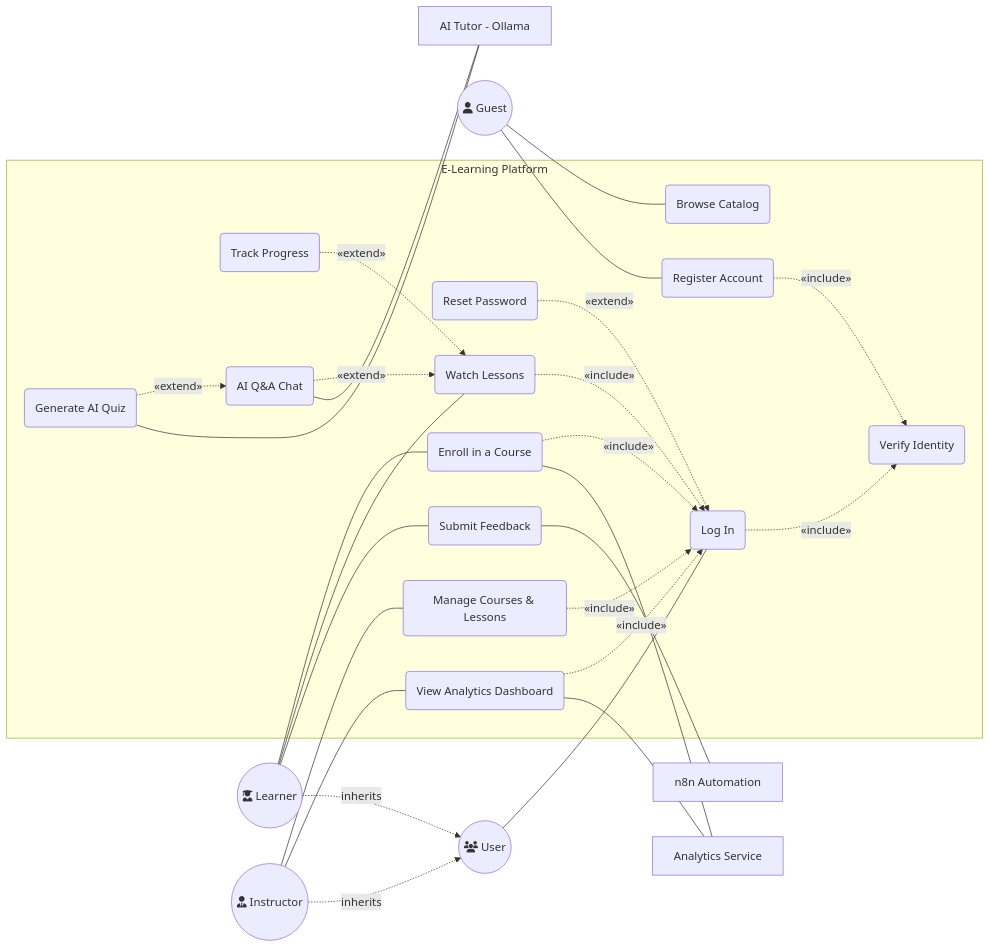
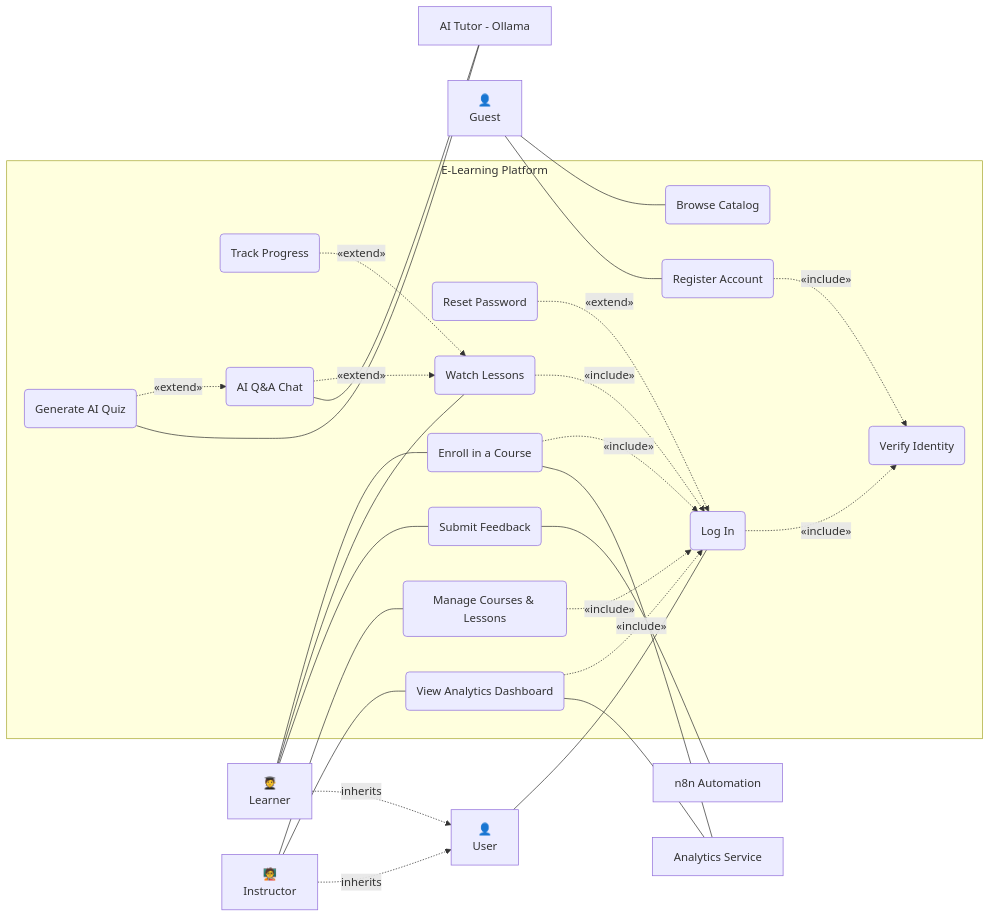
One commit to Sen-Se1/elearning-microservice-platform changed the seventh of 10 diagrams in architecture.md. Above: the diagram before and after it, drawn with Mermaid.

Commit message:
docs: update use case diagram to include new actors, associations, and refined workflow relationships

````diff
--- a/architecture.md
+++ b/architecture.md
@@ -211,69 +211,70 @@
 ```mermaid
 flowchart LR
-    %% Primary Actors (Left)
-    Guest((<i class='fa-solid fa-user'></i> Guest))
-    User((<i class='fa-solid fa-users'></i> User))
-    Learner((<i class='fa-solid fa-user-graduate'></i> Learner))
-    Instructor((<i class='fa-solid fa-user-tie'></i> Instructor))
+
+    %% Actors with icon style
+    Guest["👤<br/>Guest"]
+    User["👤<br/>User"]
+    Learner["🧑‍🎓<br/>Learner"]
+    Instructor["🧑‍🏫<br/>Instructor"]
 
     %% Actor Generalization
     Learner -. "inherits" .-> User
     Instructor -. "inherits" .-> User
 
     subgraph Platform [E-Learning Platform]
         UC_Browse(Browse Catalog)
         UC_Reg(Register Account)
         UC_Login(Log In)
         UC_Verify(Verify Identity)
         UC_Reset(Reset Password)
 
         UC_Enroll(Enroll in a Course)
         UC_Watch(Watch Lessons)
         UC_Track(Track Progress)
 
         UC_Chat(AI Q&A Chat)
         UC_Quiz(Generate AI Quiz)
         UC_Feedback(Submit Feedback)
         
         UC_Manage(Manage Courses & Lessons)
         UC_Analytics(View Analytics Dashboard)
     end
 
-    %% Secondary Actors / Systems (Right)
+    %% Secondary Actors / Systems
     Ollama[AI Tutor - Ollama]
     N8N[n8n Automation]
     AnalyticSvc[Analytics Service]
 
-    %% ── Actor to Use Case associations ──
+    %% Associations
     Guest --- UC_Browse
     Guest --- UC_Reg
     User --- UC_Login
 
     Learner --- UC_Enroll
     Learner --- UC_Watch
     Learner --- UC_Feedback
 
     Instructor --- UC_Manage
     Instructor --- UC_Analytics
 
-    %% ── UML Stereotypes (Includes & Extends) ──
+    %% Includes & Extends
     UC_Reg -. "«include»" .-> UC_Verify
     UC_Login -. "«include»" .-> UC_Verify
     UC_Reset -. "«extend»" .-> UC_Login
     
     UC_Enroll -. "«include»" .-> UC_Login
     UC_Watch -. "«include»" .-> UC_Login
     UC_Manage -. "«include»" .-> UC_Login
     UC_Analytics -. "«include»" .-> UC_Login
     
     UC_Track -. "«extend»" .-> UC_Watch
     UC_Chat -. "«extend»" .-> UC_Watch
     UC_Quiz -. "«extend»" .-> UC_Chat
 
-    %% ── Use Case to System associations ──
+    %% External Systems
     UC_Chat --- Ollama
     UC_Quiz --- Ollama
     UC_Feedback --- N8N
     UC_Enroll --- AnalyticSvc
     UC_Analytics --- AnalyticSvc
 ```
````
